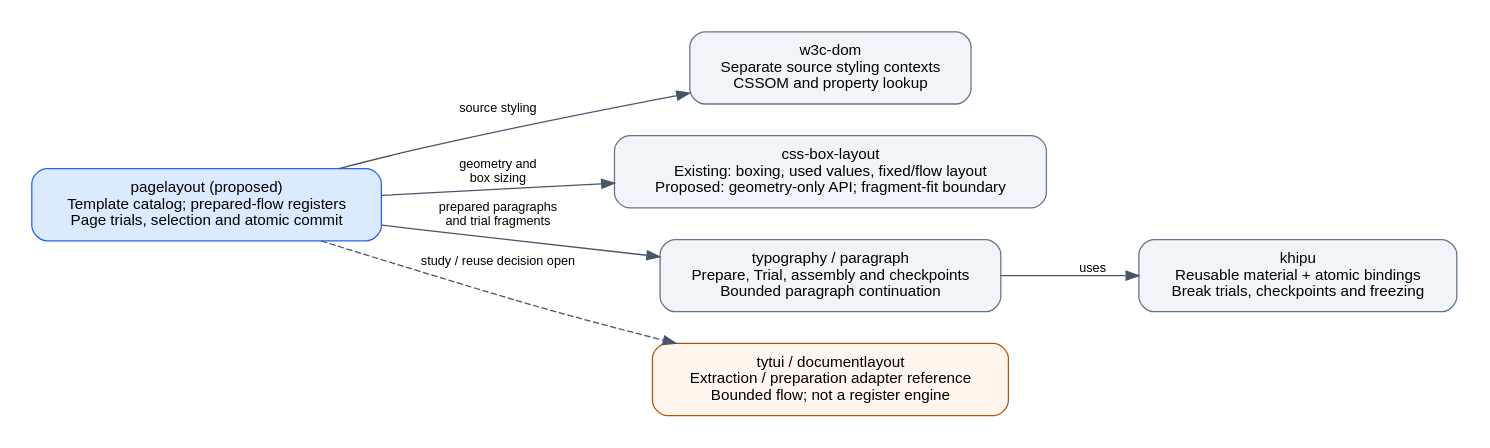
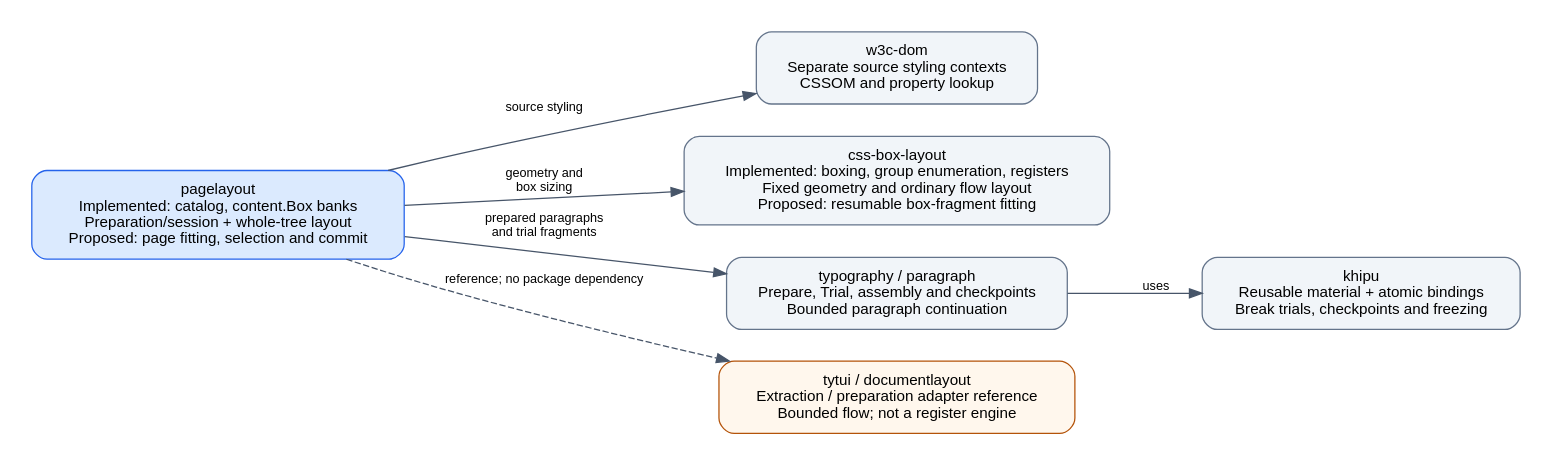
Before and after one commit to npillmayer/pagelayout: the diagram in doc/diagrams/design-packages.dot, drawn with Graphviz. The commit also changed 30 other files, not shown here.

```diff
--- a/doc/diagrams/design-packages.dot
+++ b/doc/diagrams/design-packages.dot
@@ -1,23 +1,23 @@
 digraph Packages {
   graph [rankdir=LR, bgcolor="white", pad=0.25, nodesep=0.35, ranksep=0.7,
          fontname="Helvetica", fontsize=12];
   node [shape=box, style="rounded,filled", fillcolor="#f1f5f9", color="#64748b",
         fontname="Helvetica", fontsize=12, margin="0.18,0.12"];
   edge [color="#475569", fontname="Helvetica", fontsize=10];
 
-  page [label="pagelayout (proposed)\nTemplate catalog; prepared-flow registers\nPage trials, selection and atomic commit",
+  page [label="pagelayout\nImplemented: catalog, content.Box banks\nPreparation/session + whole-tree layout\nProposed: page fitting, selection and commit",
         fillcolor="#dbeafe", color="#2563eb"];
   dom [label="w3c-dom\nSeparate source styling contexts\nCSSOM and property lookup"];
-  boxes [label="css-box-layout\nExisting: boxing, used values, fixed/flow layout\nProposed: geometry-only API; fragment-fit boundary"];
+  boxes [label="css-box-layout\nImplemented: boxing, group enumeration, registers\nFixed geometry and ordinary flow layout\nProposed: resumable box-fragment fitting"];
   type [label="typography / paragraph\nPrepare, Trial, assembly and checkpoints\nBounded paragraph continuation"];
   khipu [label="khipu\nReusable material + atomic bindings\nBreak trials, checkpoints and freezing"];
   reference [label="tytui / documentlayout\nExtraction / preparation adapter reference\nBounded flow; not a register engine",
              fillcolor="#fff7ed", color="#b45309"];
 
   page -> dom [label="source styling"];
   page -> boxes [label="geometry and\nbox sizing"];
   page -> type [label="prepared paragraphs\nand trial fragments"];
   type -> khipu [label="uses"];
-  page -> reference [label="study / reuse decision open", style=dashed];
+  page -> reference [label="reference; no package dependency", style=dashed];
   { rank=same; dom; boxes; type; reference; }
 }
```
